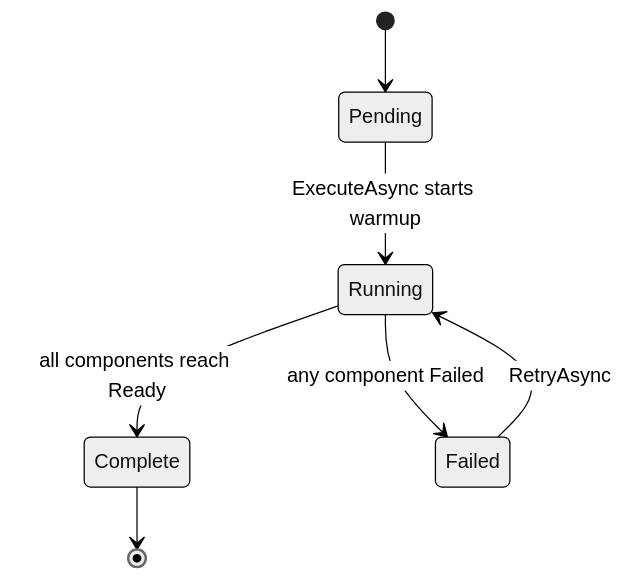
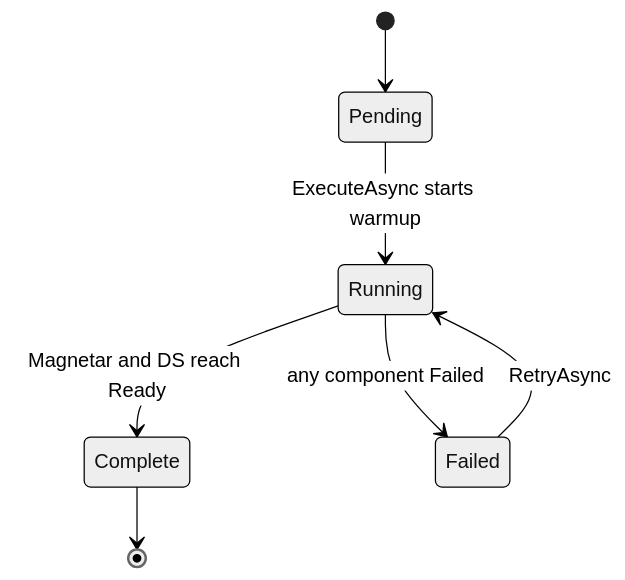
The first of 2 diagrams in Docs/StateMachines/ManagedRuntimeProvisioning.md (CometWorks/quasar), drawn with Mermaid (neutral theme) before and after one commit. The commit also changed other lines of this file and 9 other files, not shown here.

````diff
--- a/Docs/StateMachines/ManagedRuntimeProvisioning.md
+++ b/Docs/StateMachines/ManagedRuntimeProvisioning.md
@@ -20,9 +20,9 @@
 ```mermaid
 stateDiagram-v2
     [*] --> Pending
     Pending --> Running: ExecuteAsync starts warmup
-    Running --> Complete: all components reach Ready
+    Running --> Complete: Magnetar and DS reach Ready
     Running --> Failed: any component Failed
     Failed --> Running: RetryAsync
     Complete --> [*]
 ```
````
